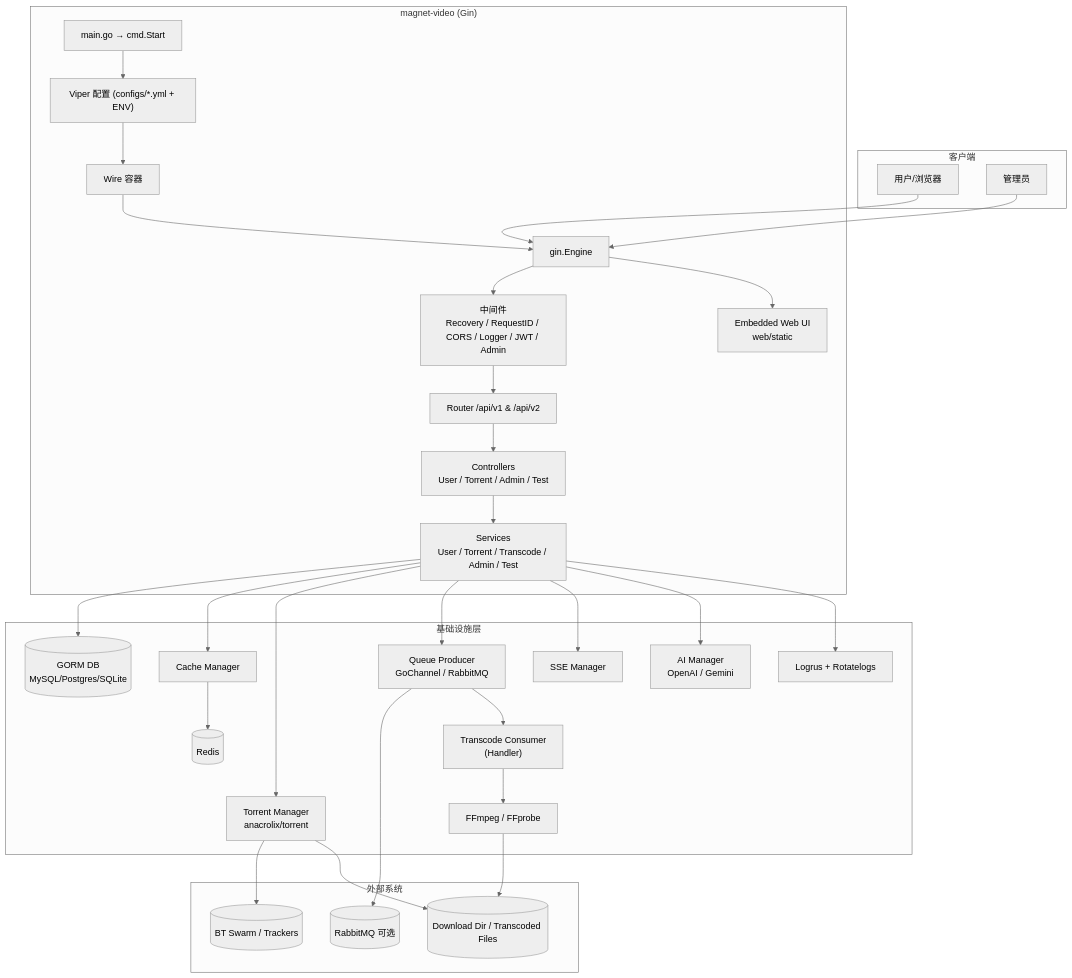
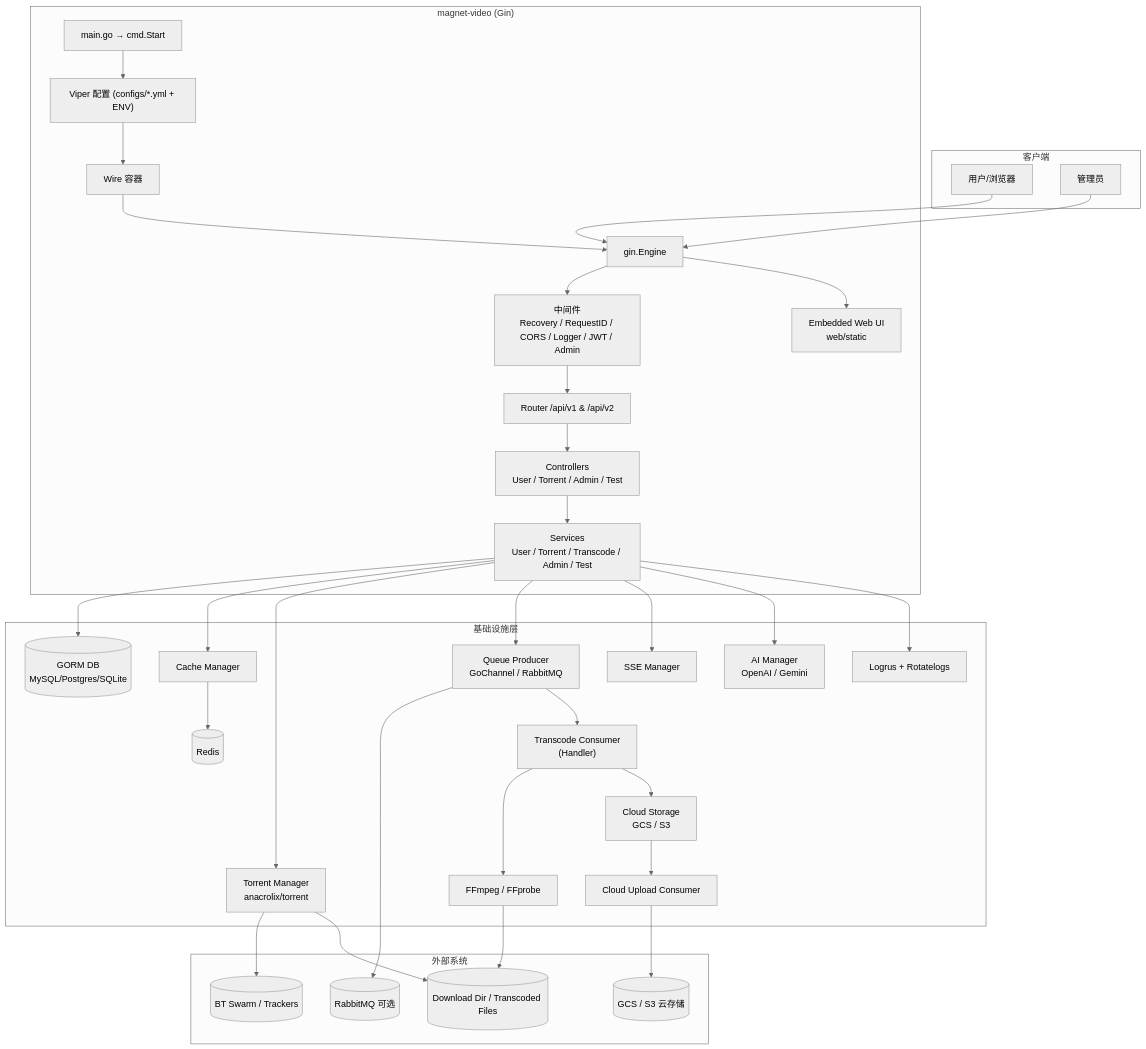
Before and after one commit to JackYinpei/magnet2video: the first of 3 diagrams in CLAUDE.md, drawn with Mermaid (neutral theme). The commit also changed other lines of this file and 23 other files, not shown here.

Commit message:
add cloud storage

````diff
--- a/CLAUDE.md
+++ b/CLAUDE.md
@@ -146,55 +152,59 @@
 ```mermaid
 flowchart TB
   subgraph Clients["客户端"]
     U["用户/浏览器"]
     A["管理员"]
   end
 
   subgraph App["magnet-video (Gin)"]
     Entry["main.go → cmd.Start"]
     Config["Viper 配置 (configs/*.yml + ENV)"]
     Wire["Wire 容器"]
     Gin["gin.Engine"]
     MW["中间件\nRecovery / RequestID / CORS / Logger / JWT / Admin"]
     Router["Router /api/v1 & /api/v2"]
     Controllers["Controllers\nUser / Torrent / Admin / Test"]
     Services["Services\nUser / Torrent / Transcode / Admin / Test"]
     Web["Embedded Web UI\nweb/static"]
   end
 
   subgraph Infra["基础设施层"]
     DB[(GORM DB\nMySQL/Postgres/SQLite)]
     Redis[(Redis)]
     Cache["Cache Manager"]
+    Cloud["Cloud Storage\nGCS / S3"]
+    CloudConsumer["Cloud Upload Consumer"]
     TorrentMgr["Torrent Manager\nanacrolix/torrent"]
     Queue["Queue Producer\nGoChannel / RabbitMQ"]
     Consumer["Transcode Consumer\n(Handler)"]
     FFmpeg["FFmpeg / FFprobe"]
     SSE["SSE Manager"]
     AI["AI Manager\nOpenAI / Gemini"]
     Logger["Logrus + Rotatelogs"]
   end
 
   subgraph External["外部系统"]
     P2P[(BT Swarm / Trackers)]
     MQ[(RabbitMQ 可选)]
     Disk[(Download Dir / Transcoded Files)]
+    CloudStorage[(GCS / S3 云存储)]
   end
 
   U --> Gin
   A --> Gin
 
   Entry --> Config --> Wire --> Gin
   Gin --> MW --> Router --> Controllers --> Services
   Gin --> Web
 
   Services --> DB
   Services --> Cache --> Redis
   Services --> TorrentMgr --> P2P
   Services --> Queue --> MQ
   Queue --> Consumer --> FFmpeg --> Disk
+  Consumer --> Cloud --> CloudConsumer --> CloudStorage
   TorrentMgr --> Disk
   Services --> SSE
   Services --> AI
   Services --> Logger
 ```
````
